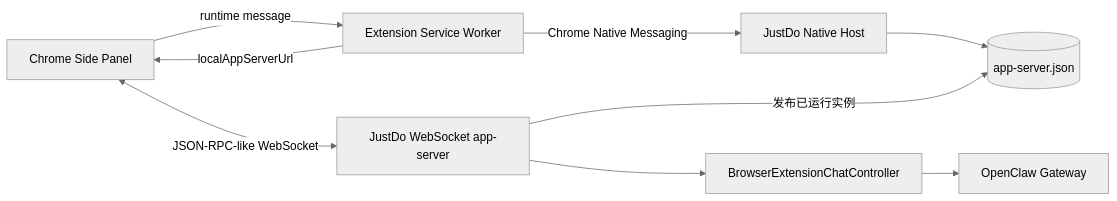
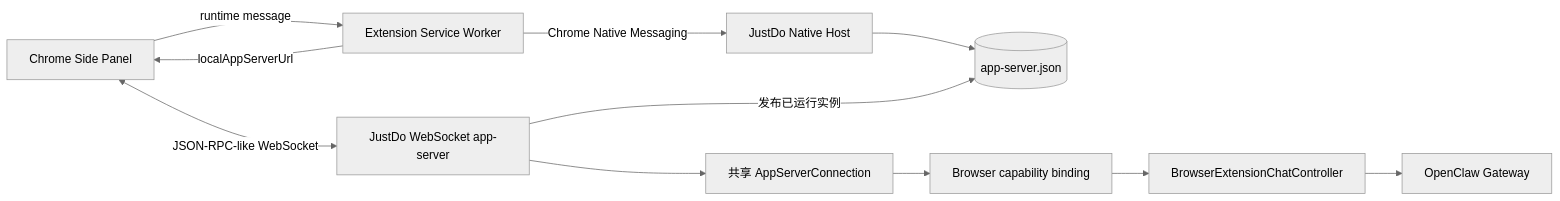
The diagram in docs/browser-extension-api/README.md (liangxhao/JustDo), drawn with Mermaid (neutral theme) before and after one commit. The commit also changed other lines of this file and 53 other files, not shown here.

First line of the commit message:
feat(app-server): unify CLI and browser access with local WebSocket

````diff
--- a/docs/browser-extension-api/README.md
+++ b/docs/browser-extension-api/README.md
@@ -22,18 +24,20 @@
 ```mermaid
 flowchart LR
   Panel[Chrome Side Panel]
   Background[Extension Service Worker]
   Native[JustDo Native Host]
   Rendezvous[(app-server.json)]
   Server[JustDo WebSocket app-server]
+  Protocol[共享 AppServerConnection]
+  Binding[Browser capability binding]
   Controller[BrowserExtensionChatController]
   Gateway[OpenClaw Gateway]
 
   Panel -->|runtime message| Background
   Background -->|Chrome Native Messaging| Native
   Native --> Rendezvous
   Server -->|发布已运行实例| Rendezvous
   Background -->|localAppServerUrl| Panel
   Panel <-->|JSON-RPC-like WebSocket| Server
-  Server --> Controller --> Gateway
+  Server --> Protocol --> Binding --> Controller --> Gateway
 ```
````
